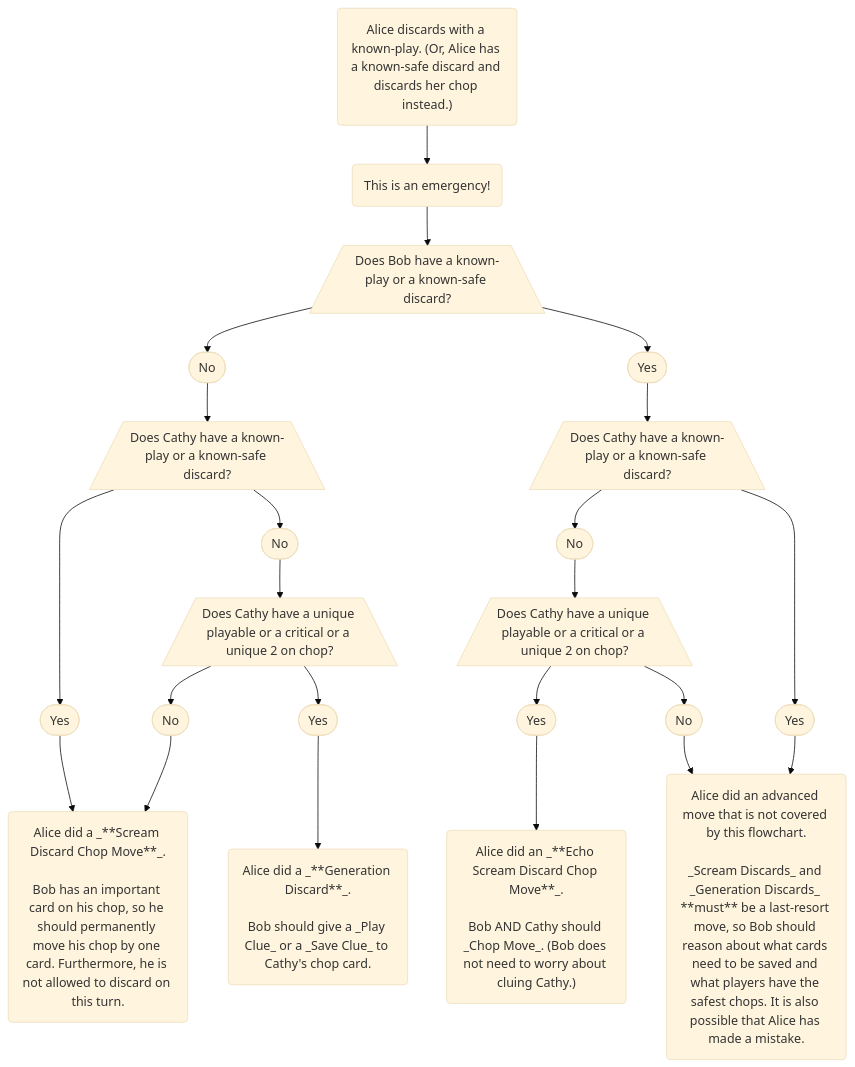
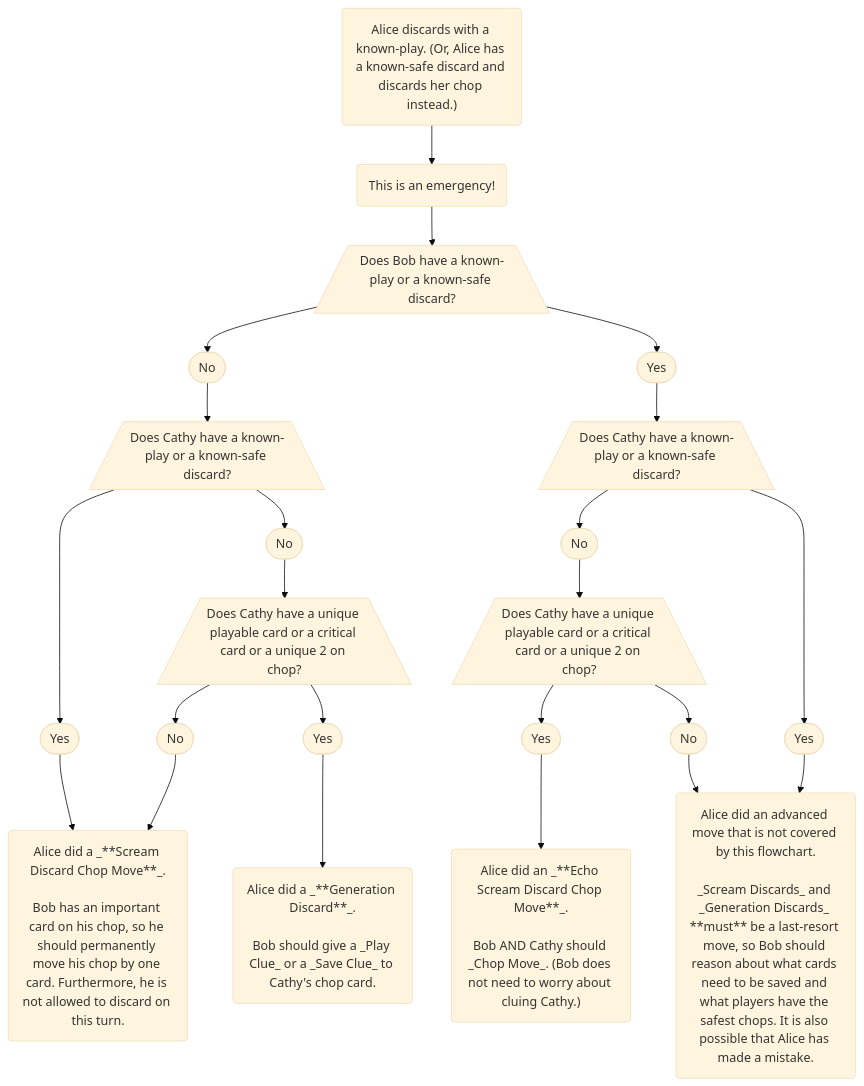
Before and after one commit to hanabi/hanabi.github.io: the diagram in docs/level-7.mdx, drawn with Mermaid (base theme). The commit also changed 19 other files, not shown here.

````diff
--- a/docs/level-7.mdx
+++ b/docs/level-7.mdx
@@ -55,53 +55,53 @@
 ```mermaid
 flowchart TD;
 
 S1("Alice discards with a known-play. (Or, Alice has a known-safe discard and discards her chop instead.)")
 S2("This is an emergency!")
 D1[/Does Bob have a known-play or a known-safe discard?\]
 D1Y([Yes])
 D1N([No])
 D2[/Does Cathy have a known-play or a known-safe discard?\]
 D2Y([Yes])
 D2N([No])
-D3[/Does Cathy have a unique playable or a critical or a unique 2 on chop?\]
+D3[/Does Cathy have a unique playable card or a critical card or a unique 2 on chop?\]
 D3Y([Yes])
 D3N([No])
 D3YL(Alice did a _**Generation Discard**_.<br/ ><br/ >Bob should give a _Play Clue_ or a _Save Clue_ to Cathy's chop card.)
 D3NL(Alice did a _**Scream Discard Chop Move**_.<br/ ><br/ >Bob has an important card on his chop, so he should permanently move his chop by one card. Furthermore, he is not allowed to discard on this turn.)
 D4[/Does Cathy have a known-play or a known-safe discard?\]
 D4Y([Yes])
 D4N([No])
 D4YL(Alice did an advanced move that is not covered by this flowchart.<br/ ><br/ >_Scream Discards_ and _Generation Discards_ **must** be a last-resort move, so Bob should reason about what cards need to be saved and what players have the safest chops. It is also possible that Alice has made a mistake.)
-D5[/Does Cathy have a unique playable or a critical or a unique 2 on chop?\]
+D5[/Does Cathy have a unique playable card or a critical card or a unique 2 on chop?\]
 D5Y([Yes])
 D5N([No])
 D5YL("Alice did an _**Echo Scream Discard Chop Move**_.<br/ ><br/ >Bob AND Cathy should _Chop Move_. (Bob does not need to worry about cluing Cathy.)")
 
 class D1Y,D2Y,D3Y,D4Y,D5Y node-yes
 class S2,D1N,D2N,D3N,D4N,D5N node-no
 class D1,D2,D3,D4,D5 node-dec
 class S1,D3NL,D3YL,D5YL,D4YL node-act
 
 S1 --> S2;
 S2 --> D1;
 D1 --> D1N;
 D1 --> D1Y;
 D1N --> D2;
 D2 --> D2Y;
 D2Y --> D3NL;
 D2 --> D2N;
 D2N --> D3;
 D3 --> D3Y;
 D3 --> D3N;
 D3Y --> D3YL;
 D3N --> D3NL;
 D1Y --> D4;
 D4 --> D4N;
 D4 --> D4Y;
 D4N --> D5;
 D5 --> D5Y;
 D5 --> D5N;
 D5Y --> D5YL;
 D5N --> D4YL;
 D4Y --> D4YL;
 ```
````
